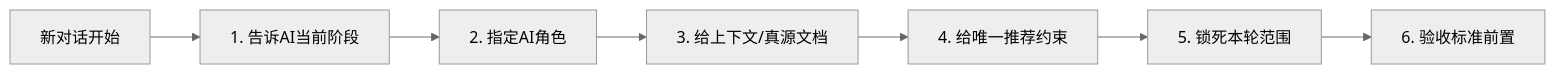
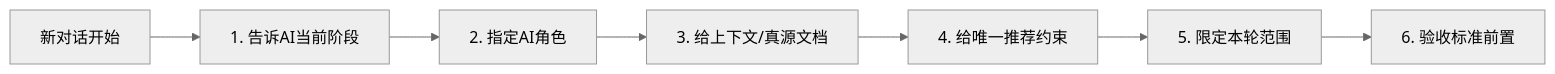
One commit to GassamFlower/vibe_coding_KnowledgeBase- changed the eighth of 10 diagrams in docs/项目可视化流程手册.md. Above: the diagram before and after it, drawn with Mermaid (neutral theme). The commit also changed other lines of this file and 74 other files, not shown here.

````diff
--- a/docs/项目可视化流程手册.md
+++ b/docs/项目可视化流程手册.md
@@ -436,9 +454,9 @@
 ```mermaid
 flowchart LR
     A[新对话开始] --> B[1. 告诉AI当前阶段]
     B --> C[2. 指定AI角色]
     C --> D[3. 给上下文/真源文档]
     D --> E[4. 给唯一推荐约束]
-    E --> F[5. 锁死本轮范围]
+    E --> F[5. 限定本轮范围]
     F --> G[6. 验收标准前置]
 ```
````
